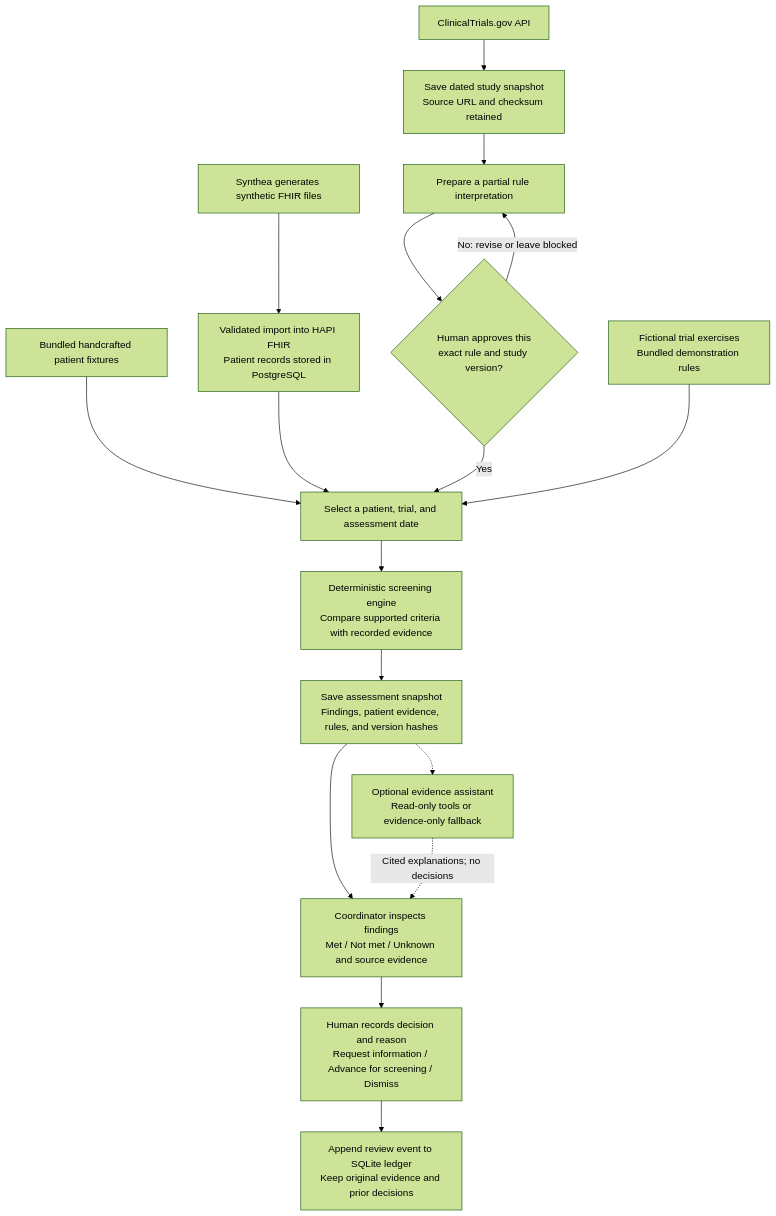
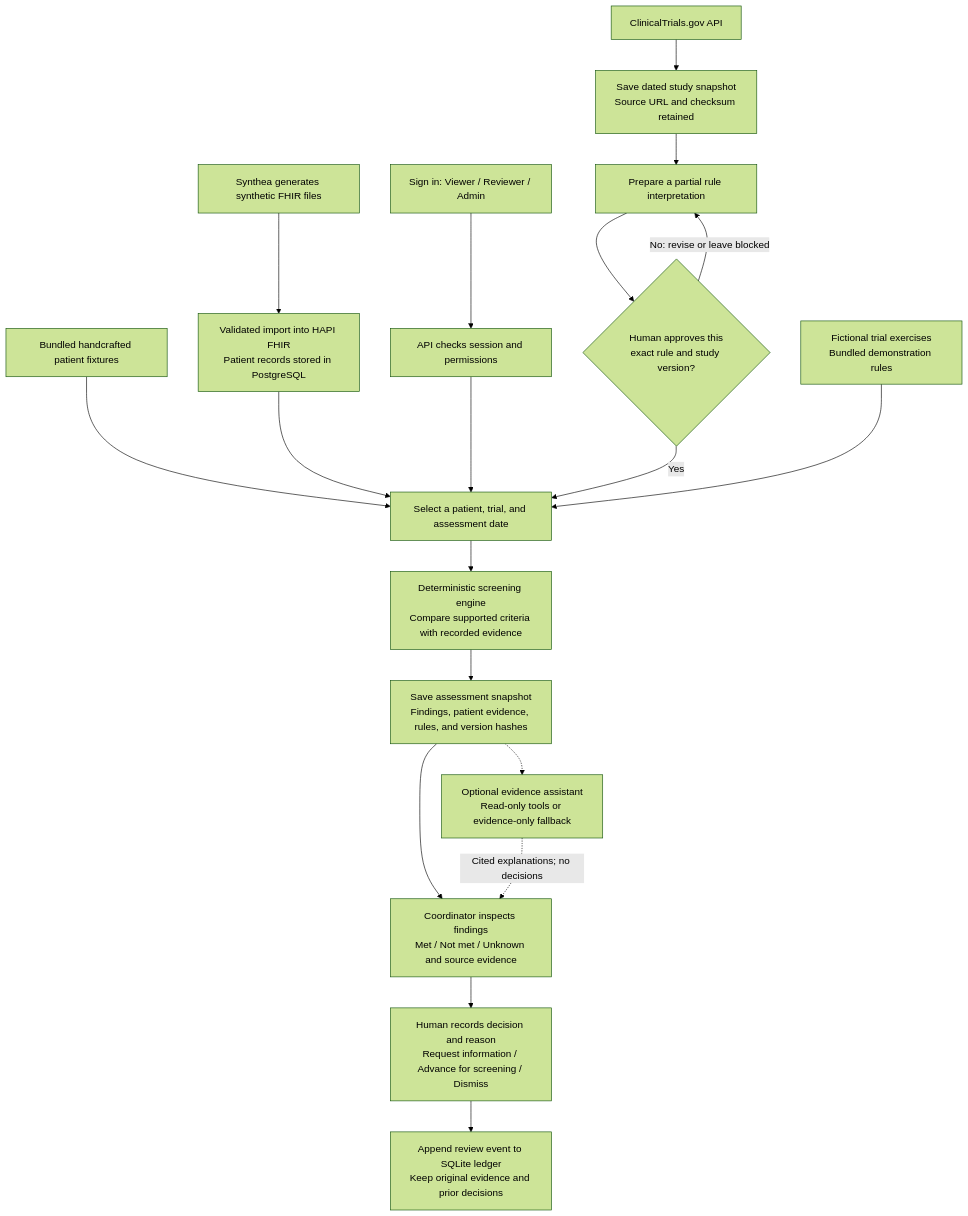
One commit to shshakib/HealthOps-AI changed the diagram in README.md. Above: the diagram before and after it, drawn with Mermaid (forest theme). The commit also changed other lines of this file and 32 other files, not shown here.

````diff
--- a/README.md
+++ b/README.md
@@ -37,21 +37,23 @@
 ```mermaid
 flowchart TD
     S["Synthea generates synthetic FHIR files"] --> H["Validated import into HAPI FHIR<br/>Patient records stored in PostgreSQL"]
     F["Bundled handcrafted patient fixtures"] --> P["Select a patient, trial, and assessment date"]
     H --> P
+    I["Sign in: Viewer / Reviewer / Admin"] --> B["API checks session and permissions"]
+    B --> P
 
     T["ClinicalTrials.gov API"] --> V["Save dated study snapshot<br/>Source URL and checksum retained"]
     V --> D["Prepare a partial rule interpretation"]
     D --> A{"Human approves this<br/>exact rule and study version?"}
     A -->|"No: revise or leave blocked"| D
     A -->|Yes| P
     X["Fictional trial exercises<br/>Bundled demonstration rules"] --> P
 
     P --> E["Deterministic screening engine<br/>Compare supported criteria with recorded evidence"]
     E --> R["Save assessment snapshot<br/>Findings, patient evidence, rules, and version hashes"]
     R --> U["Coordinator inspects findings<br/>Met / Not met / Unknown and source evidence"]
     R -.-> L["Optional evidence assistant<br/>Read-only tools or evidence-only fallback"]
     L -.->|"Cited explanations; no decisions"| U
     U --> J["Human records decision and reason<br/>Request information / Advance for screening / Dismiss"]
     J --> Q["Append review event to SQLite ledger<br/>Keep original evidence and prior decisions"]
 ```
````
